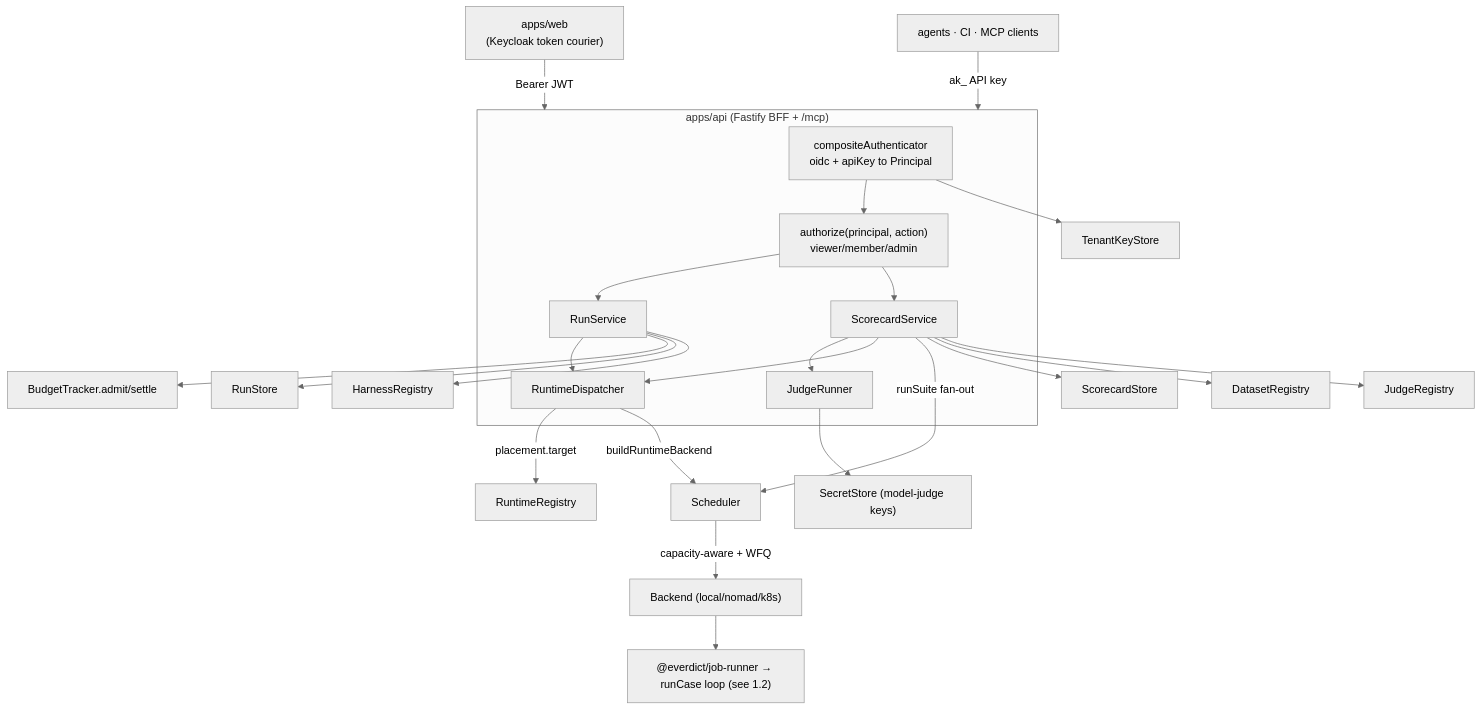
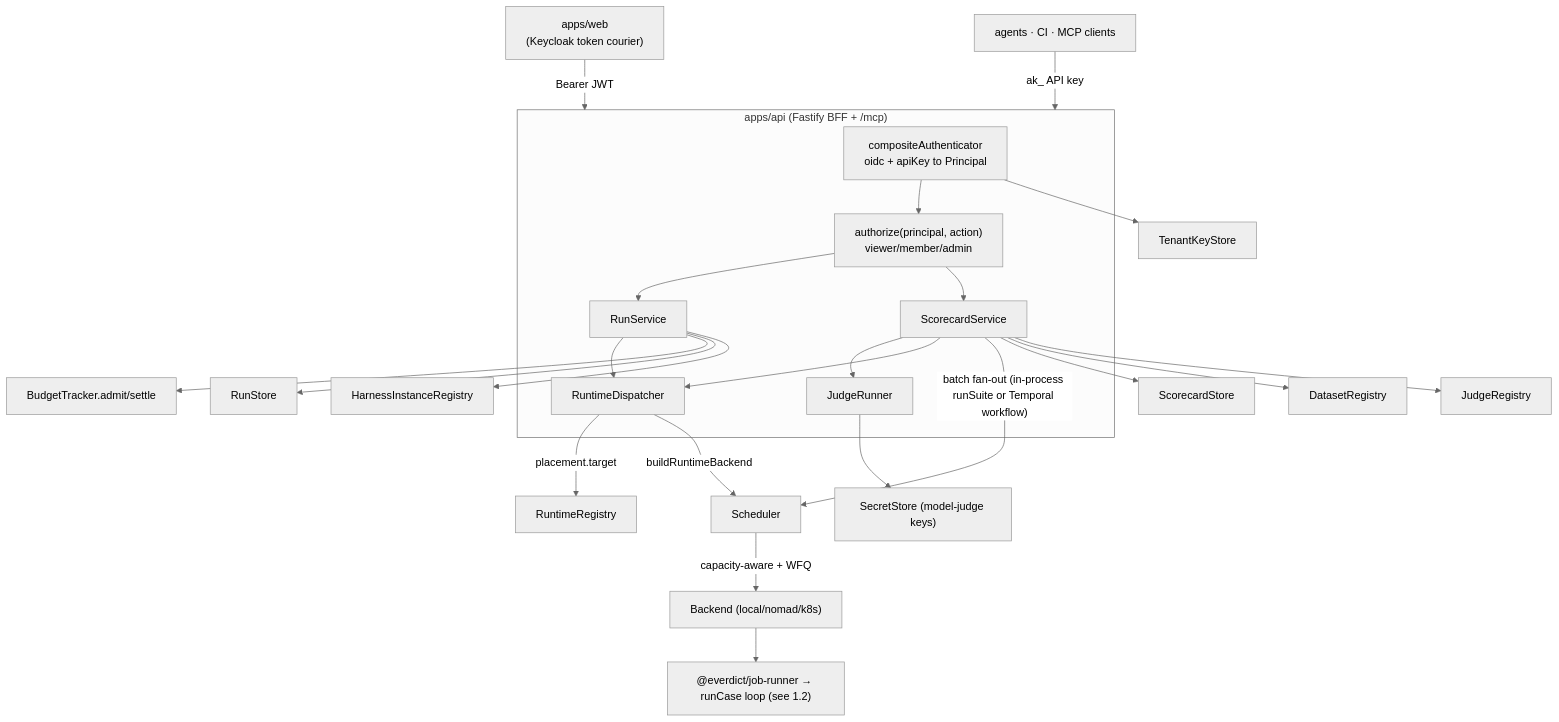
One commit to everdict/everdict changed the third of 24 diagrams in docs/architecture/collaboration.md. Above: the diagram before and after it, drawn with Mermaid (neutral theme). The commit also changed other lines of this file and 179 other files, not shown here.

````diff
--- a/docs/architecture/collaboration.md
+++ b/docs/architecture/collaboration.md
@@ -185,36 +215,36 @@
 ```mermaid
 flowchart TD
   web["apps/web<br/>(Keycloak token courier)"] -->|Bearer JWT| api
   agentcli["agents · CI · MCP clients"] -->|ak_ API key| api
 
   subgraph api["apps/api (Fastify BFF + /mcp)"]
     authn["compositeAuthenticator<br/>oidc + apiKey to Principal"]
     authz["authorize(principal, action)<br/>viewer/member/admin"]
     runsvc["RunService"]
     scoresvc["ScorecardService"]
     rtd["RuntimeDispatcher"]
     jr["JudgeRunner"]
     authn --> authz
     authz --> runsvc
     authz --> scoresvc
     scoresvc --> jr
     runsvc --> rtd
     scoresvc --> rtd
   end
 
   rtd -->|placement.target| RuntimeReg["RuntimeRegistry"]
   rtd -->|buildRuntimeBackend| Scheduler
   Scheduler -->|capacity-aware + WFQ| Backend["Backend (local/nomad/k8s)"]
-  scoresvc -->|runSuite fan-out| Scheduler
+  scoresvc -->|"batch fan-out (in-process runSuite or Temporal workflow)"| Scheduler
 
   runsvc --> budget["BudgetTracker.admit/settle"]
   runsvc --> RunStore
   scoresvc --> ScorecardStore
-  runsvc --> HarnessReg["HarnessRegistry"]
+  runsvc --> HarnessReg["HarnessInstanceRegistry"]
   scoresvc --> DatasetReg["DatasetRegistry"]
   scoresvc --> JudgeReg["JudgeRegistry"]
   jr --> SecretStore["SecretStore (model-judge keys)"]
   authn --> TenantKeyStore
 
   Backend --> agentjob["@everdict/job-runner → runCase loop (see 1.2)"]
 ```
````
